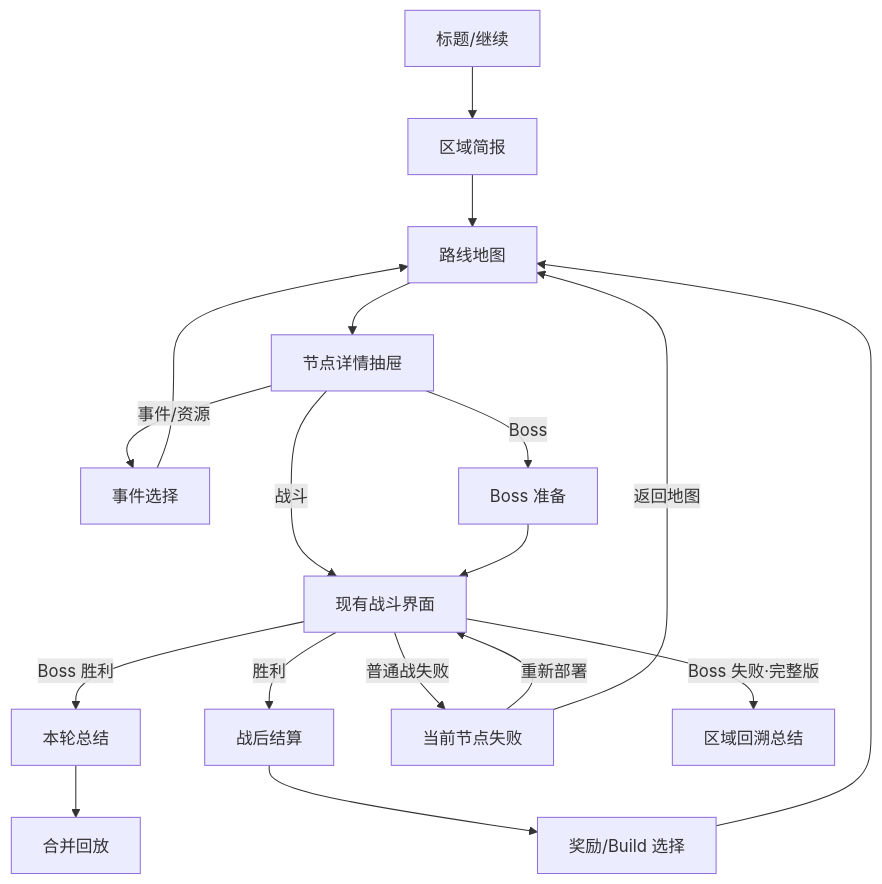
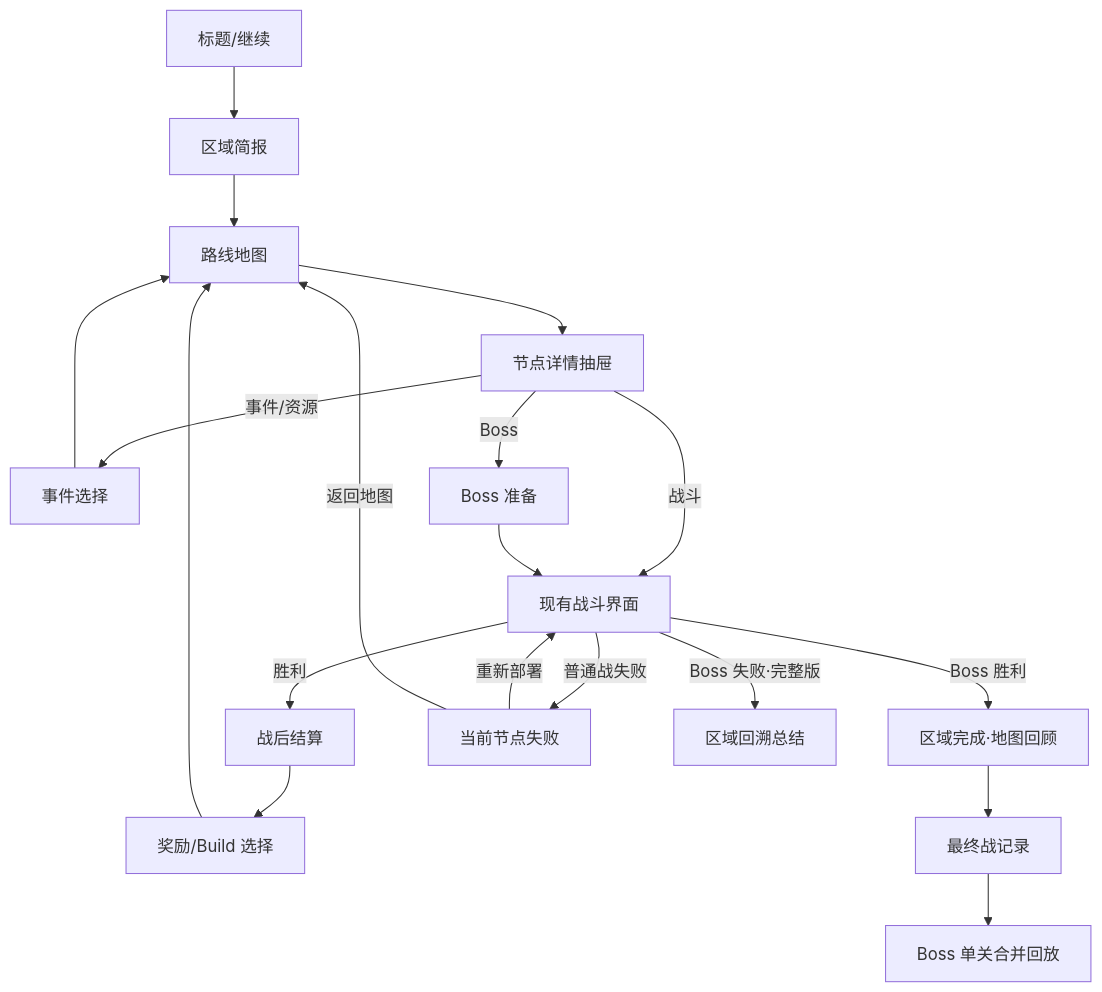
The second of 2 diagrams in 时间循环玩法/M5.1战斗外UX流程与页面线框.md (Nyx7777/timeloop), drawn with Mermaid before and after one commit. The commit also changed other lines of this file and 6 other files, not shown here.

````diff
--- a/时间循环玩法/M5.1战斗外UX流程与页面线框.md
+++ b/时间循环玩法/M5.1战斗外UX流程与页面线框.md
@@ -72,20 +74,21 @@
 ```mermaid
 flowchart TD
     T["标题/继续"] --> P["区域简报"]
     P --> M["路线地图"]
     M --> N["节点详情抽屉"]
     N -->|战斗| B["现有战斗界面"]
     B -->|胜利| R["战后结算"]
     R --> W["奖励/Build 选择"]
     W --> M
     N -->|事件/资源| V["事件选择"]
     V --> M
     N -->|Boss| G["Boss 准备"]
     G --> B
-    B -->|Boss 胜利| S["本轮总结"]
-    S --> H["合并回放"]
+    B -->|Boss 胜利| S["区域完成·地图回顾"]
+    S --> Q["最终战记录"]
+    Q --> H["Boss 单关合并回放"]
     B -->|普通战失败| F["当前节点失败"]
     F -->|重新部署| B
     F -->|返回地图| M
     B -->|Boss 失败·完整版| C["区域回溯总结"]
 ```
````
